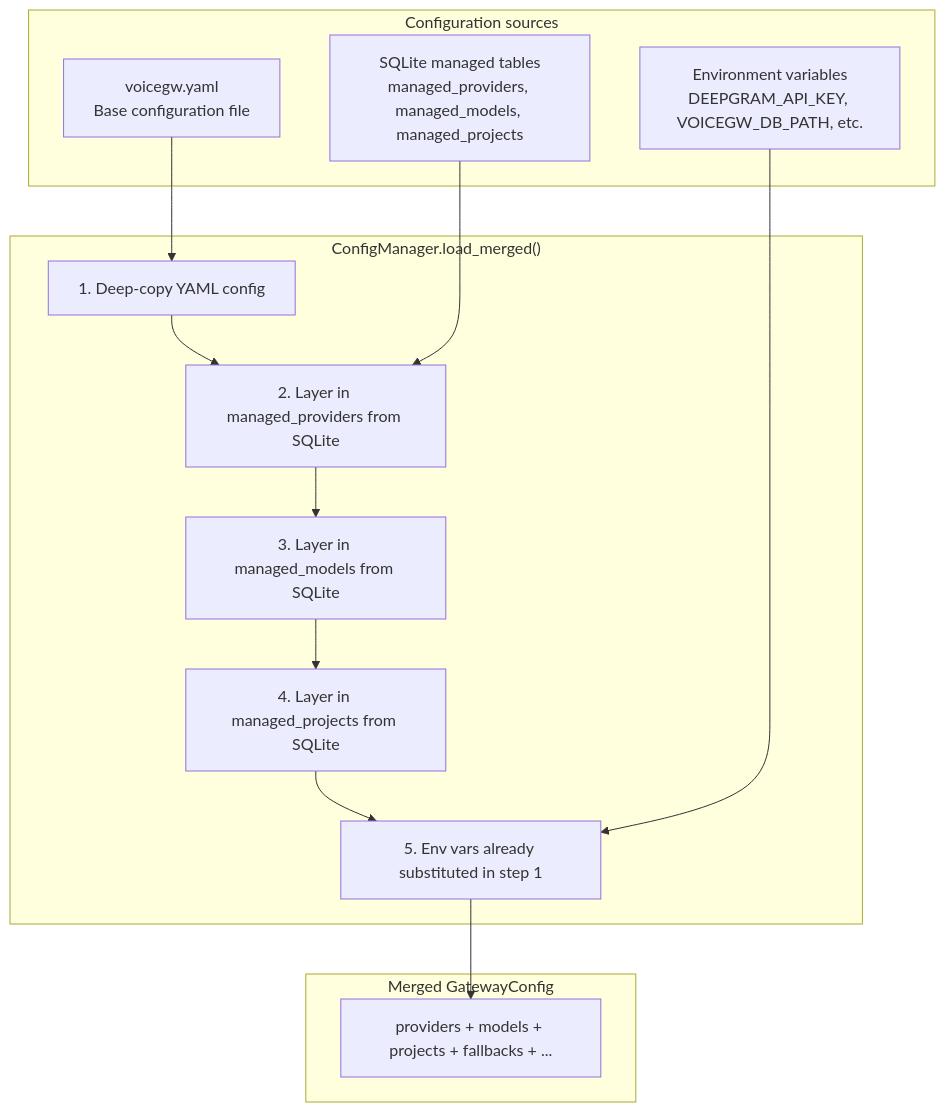
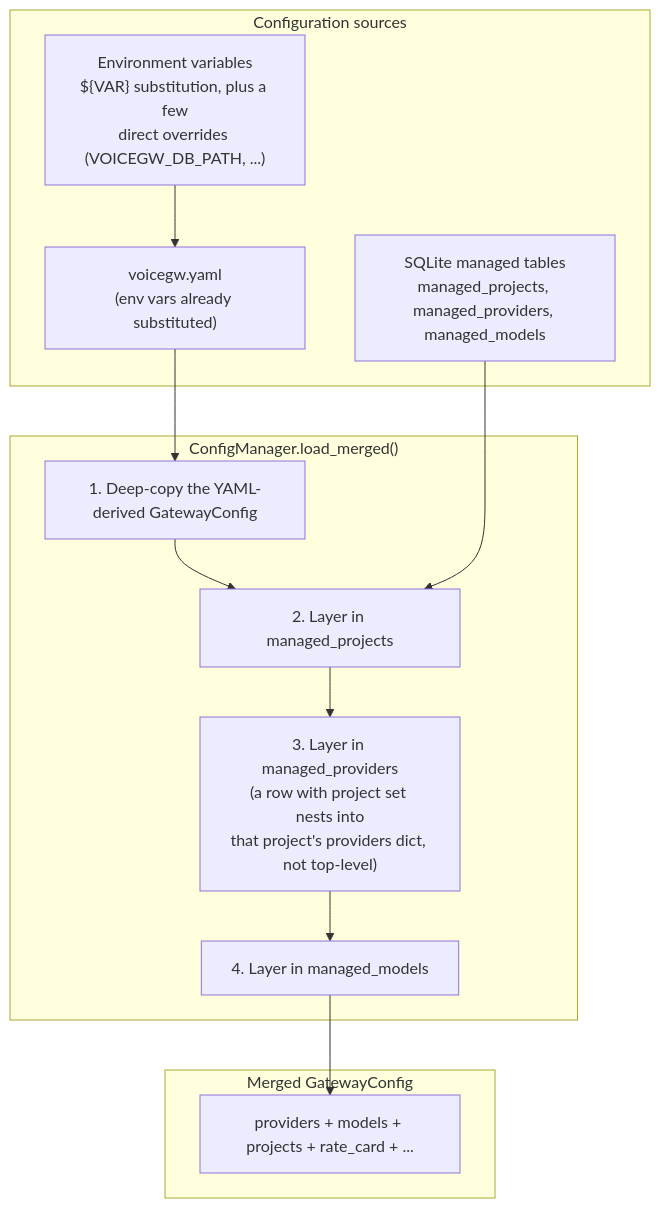
One commit to mahimailabs/voicegateway changed the first of 2 diagrams in docs/architecture/config-layers.md. Above: the diagram before and after it, drawn with Mermaid. The commit also changed other lines of this file and 35 other files, not shown here.

````diff
--- a/docs/architecture/config-layers.md
+++ b/docs/architecture/config-layers.md
@@ -13,29 +15,27 @@
 ```mermaid
 graph TB
     subgraph Sources["Configuration sources"]
-        ENV["Environment variables<br/>DEEPGRAM_API_KEY, VOICEGW_DB_PATH, etc."]
-        DB["SQLite managed tables<br/>managed_providers, managed_models, managed_projects"]
-        YAML["voicegw.yaml<br/>Base configuration file"]
+        ENV["Environment variables<br/>${VAR} substitution, plus a few<br/>direct overrides (VOICEGW_DB_PATH, ...)"]
+        YAML["voicegw.yaml<br/>(env vars already substituted)"]
+        DB["SQLite managed tables<br/>managed_projects, managed_providers, managed_models"]
     end
 
     subgraph Merge["ConfigManager.load_merged()"]
-        M1["1. Deep-copy YAML config"]
-        M2["2. Layer in managed_providers from SQLite"]
-        M3["3. Layer in managed_models from SQLite"]
-        M4["4. Layer in managed_projects from SQLite"]
-        M5["5. Env vars already substituted in step 1"]
+        M1["1. Deep-copy the YAML-derived GatewayConfig"]
+        M2["2. Layer in managed_projects"]
+        M3["3. Layer in managed_providers<br/>(a row with project set nests into<br/>that project's providers dict, not top-level)"]
+        M4["4. Layer in managed_models"]
     end
 
     subgraph Result["Merged GatewayConfig"]
-        R["providers + models + projects + fallbacks + ..."]
+        R["providers + models + projects + rate_card + ..."]
     end
 
+    ENV --> YAML
     YAML --> M1
     M1 --> M2
     DB --> M2
     M2 --> M3
     M3 --> M4
-    M4 --> M5
-    ENV --> M5
-    M5 --> R
+    M4 --> R
 ```
````
